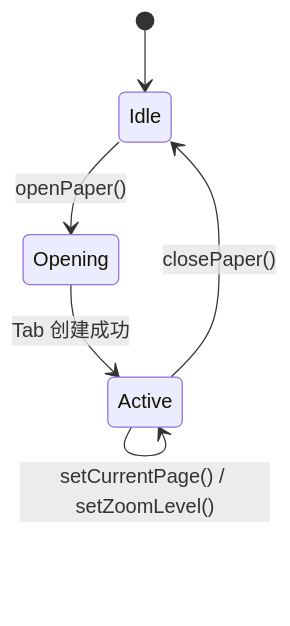
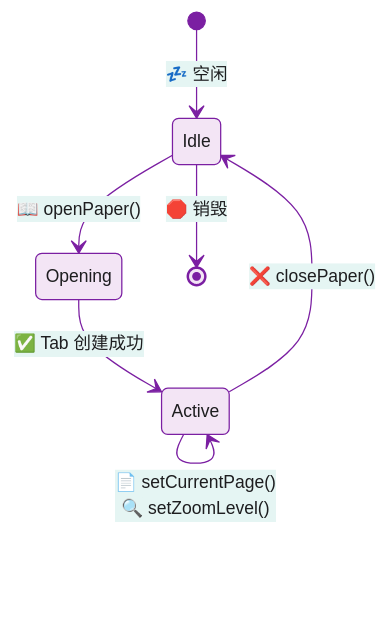
One commit to zhaowendao2005/Prisim-PaperLib---ProjectFolder changed the sixth of 13 diagrams in docs/Wiki/wiki.md. Above: the diagram before and after it, drawn with Mermaid. The commit also changed other lines of this file and 2 other files, not shown here.

````diff
--- a/docs/Wiki/wiki.md
+++ b/docs/Wiki/wiki.md
@@ -420,8 +631,10 @@
 ```mermaid
+%%{init: {'theme':'base', 'themeVariables': { 'primaryColor':'#f3e5f5','primaryTextColor':'#1d1d1f','primaryBorderColor':'#7b1fa2','lineColor':'#7b1fa2','fontSize':'14px','fontFamily':'SF Pro Text, -apple-system, sans-serif'}}}%%
 stateDiagram-v2
-    [*] --> Idle
-    Idle --> Opening : openPaper()
-    Opening --> Active : Tab 创建成功
-    Active --> Active : setCurrentPage() / setZoomLevel()
-    Active --> Idle : closePaper()
+    [*] --> Idle: 💤 空闲
+    Idle --> Opening : 📖 openPaper()
+    Opening --> Active : ✅ Tab 创建成功
+    Active --> Active : 📄 setCurrentPage()<br/>🔍 setZoomLevel()
+    Active --> Idle : ❌ closePaper()
+    Idle --> [*] : 🛑 销毁
 ```
````
